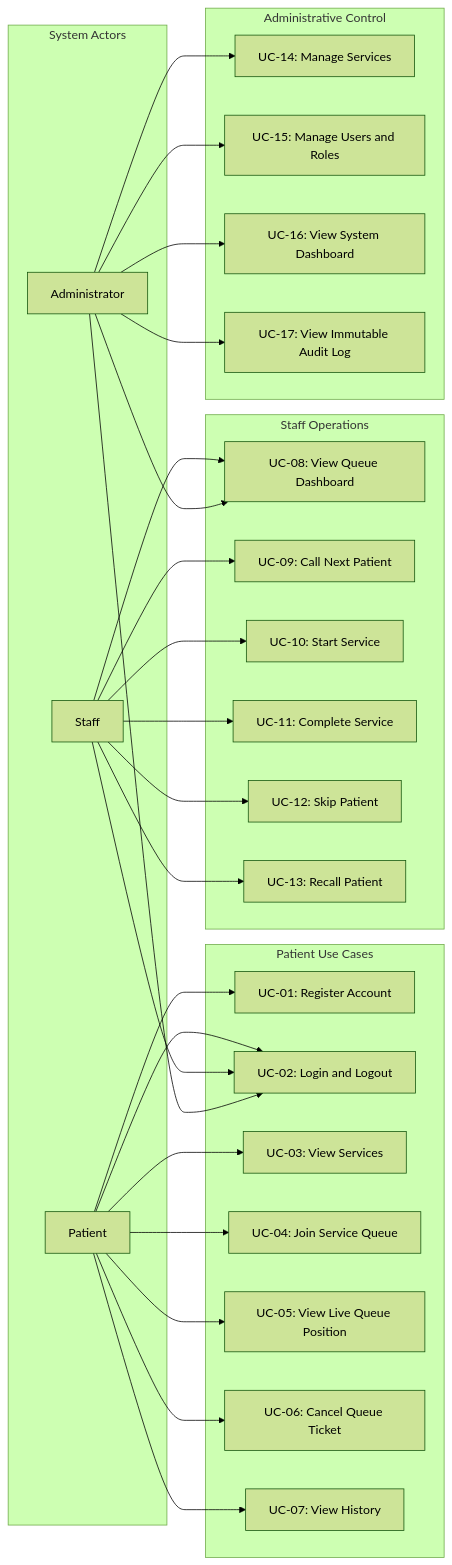
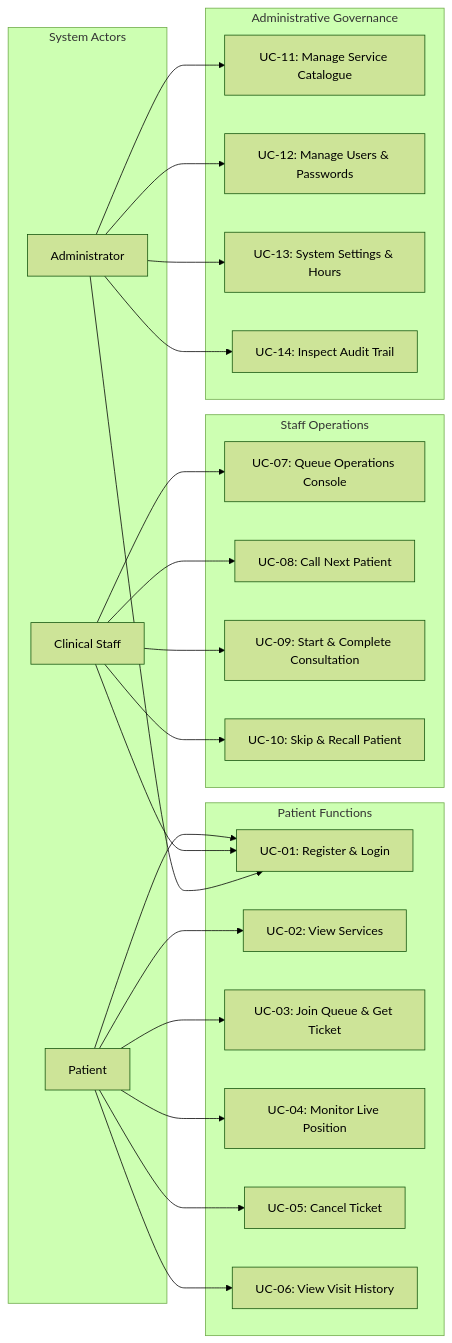
Before and after one commit to mhiskall282/MediQueue: the second of 7 diagrams in docs/system-design.md, drawn with Mermaid (forest theme). The commit also changed other lines of this file, not shown here.

Commit message:
docs(mermaid): fix GitHub markdown rendering compatibility for system context and architecture diagrams

````diff
--- a/docs/system-design.md
+++ b/docs/system-design.md
@@ -52,57 +53,50 @@
 ```mermaid
-flowchart LR
-    subgraph Users["System Actors"]
+graph LR
+    subgraph Actors["System Actors"]
         PAT["Patient"]
-        STF["Staff"]
+        STF["Clinical Staff"]
         ADM["Administrator"]
     end
 
-    subgraph PatientCases["Patient Use Cases"]
-        UC1["UC-01: Register Account"]
-        UC2["UC-02: Login and Logout"]
-        UC3["UC-03: View Services"]
-        UC4["UC-04: Join Service Queue"]
-        UC5["UC-05: View Live Queue Position"]
-        UC6["UC-06: Cancel Queue Ticket"]
-        UC7["UC-07: View History"]
+    subgraph PatientScope["Patient Functions"]
+        UC1["UC-01: Register & Login"]
+        UC2["UC-02: View Services"]
+        UC3["UC-03: Join Queue & Get Ticket"]
+        UC4["UC-04: Monitor Live Position"]
+        UC5["UC-05: Cancel Ticket"]
+        UC6["UC-06: View Visit History"]
     end
 
-    subgraph StaffCases["Staff Operations"]
-        UC8["UC-08: View Queue Dashboard"]
-        UC9["UC-09: Call Next Patient"]
-        UC10["UC-10: Start Service"]
-        UC11["UC-11: Complete Service"]
-        UC12["UC-12: Skip Patient"]
-        UC13["UC-13: Recall Patient"]
+    subgraph StaffScope["Staff Operations"]
+        UC7["UC-07: Queue Operations Console"]
+        UC8["UC-08: Call Next Patient"]
+        UC9["UC-09: Start & Complete Consultation"]
+        UC10["UC-10: Skip & Recall Patient"]
     end
 
-    subgraph AdminCases["Administrative Control"]
-        UC14["UC-14: Manage Services"]
-        UC15["UC-15: Manage Users and Roles"]
-        UC16["UC-16: View System Dashboard"]
-        UC17["UC-17: View Immutable Audit Log"]
+    subgraph AdminScope["Administrative Governance"]
+        UC11["UC-11: Manage Service Catalogue"]
+        UC12["UC-12: Manage Users & Passwords"]
+        UC13["UC-13: System Settings & Hours"]
+        UC14["UC-14: Inspect Audit Trail"]
     end
 
     PAT --> UC1
     PAT --> UC2
     PAT --> UC3
     PAT --> UC4
     PAT --> UC5
     PAT --> UC6
-    PAT --> UC7
 
-    STF --> UC2
+    STF --> UC1
+    STF --> UC7
     STF --> UC8
     STF --> UC9
     STF --> UC10
-    STF --> UC11
-    STF --> UC12
-    STF --> UC13
 
-    ADM --> UC2
+    ADM --> UC1
+    ADM --> UC11
+    ADM --> UC12
+    ADM --> UC13
     ADM --> UC14
-    ADM --> UC15
-    ADM --> UC16
-    ADM --> UC17
-    ADM --> UC8
 ```
````
